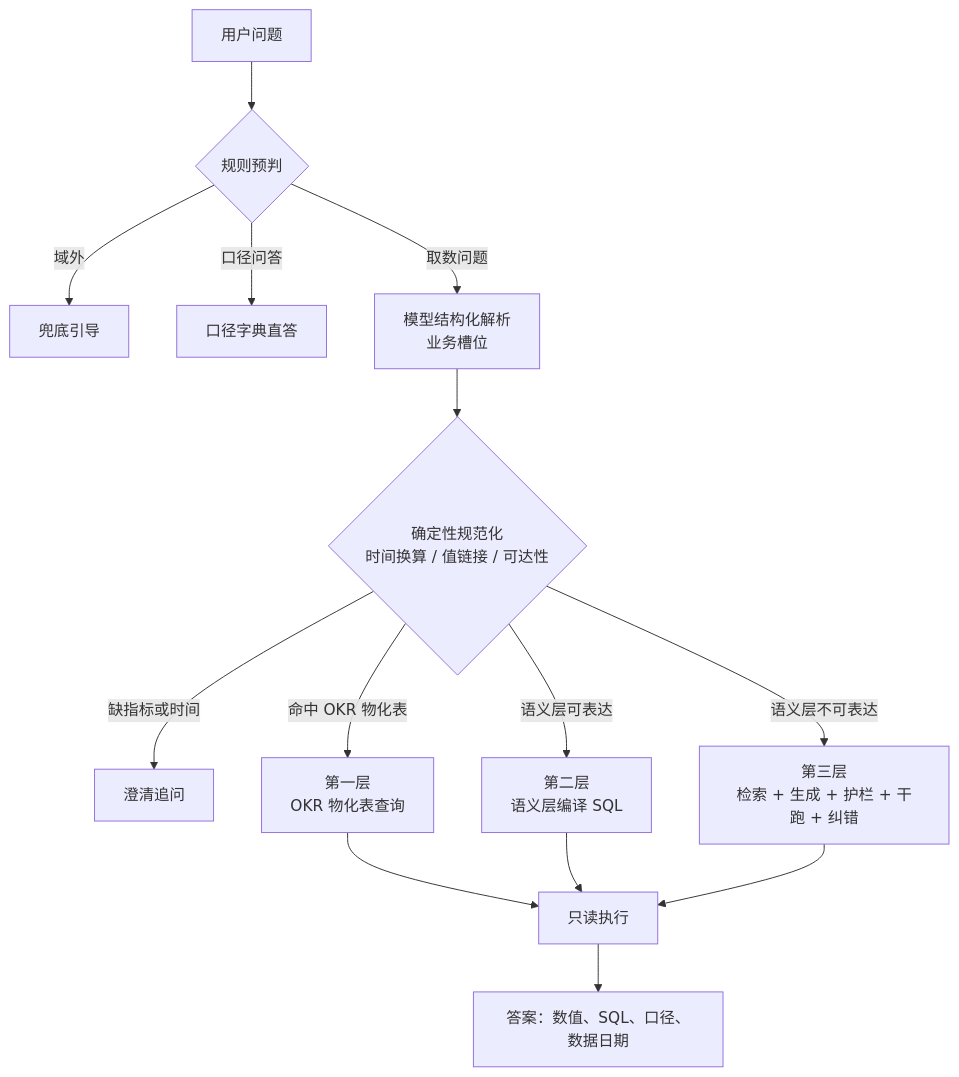
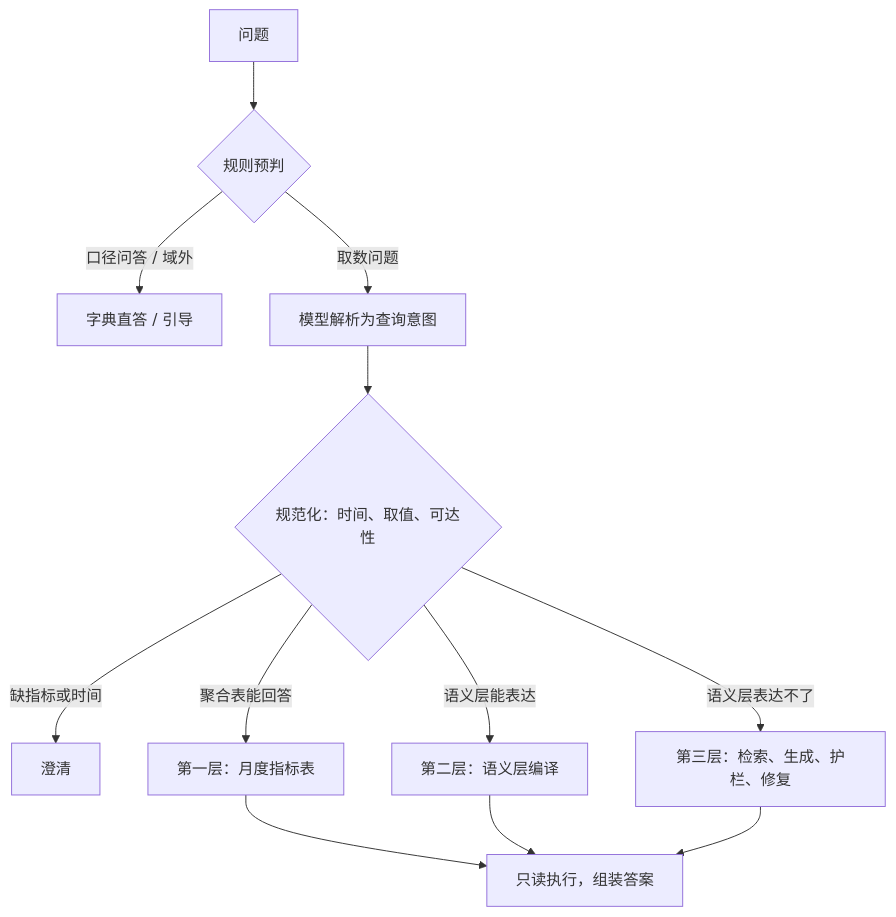
One commit to yz5166-byte/Text2SQL changed the diagram in README.md. Above: the diagram before and after it, drawn with Mermaid. The commit also changed other lines of this file and 17 other files, not shown here.

````diff
--- a/README.md
+++ b/README.md
@@ -11,16 +22,14 @@
 ```mermaid
 flowchart TD
-    Q["用户问题"] --> R0{"规则预判"}
-    R0 -->|"域外"| F["兜底引导"]
-    R0 -->|"口径问答"| M["口径字典直答"]
-    R0 -->|"取数问题"| P["模型结构化解析<br/>业务槽位"]
-    P --> V{"确定性规范化<br/>时间换算 / 值链接 / 可达性"}
-    V -->|"缺指标或时间"| C["澄清追问"]
-    V -->|"命中 OKR 物化表"| L1["第一层<br/>OKR 物化表查询"]
-    V -->|"语义层可表达"| L2["第二层<br/>语义层编译 SQL"]
-    V -->|"语义层不可表达"| L3["第三层<br/>检索 + 生成 + 护栏 + 干跑 + 纠错"]
-    L1 --> X["只读执行"]
+    Q["问题"] --> R{"规则预判"}
+    R -->|"口径问答 / 域外"| M["字典直答 / 引导"]
+    R -->|"取数问题"| P["模型解析为查询意图"]
+    P --> N{"规范化：时间、取值、可达性"}
+    N -->|"缺指标或时间"| C["澄清"]
+    N -->|"聚合表能回答"| L1["第一层：月度指标表"]
+    N -->|"语义层能表达"| L2["第二层：语义层编译"]
+    N -->|"语义层表达不了"| L3["第三层：检索、生成、护栏、修复"]
+    L1 --> X["只读执行，组装答案"]
     L2 --> X
     L3 --> X
-    X --> A["答案：数值、SQL、口径、数据日期"]
 ```
````
